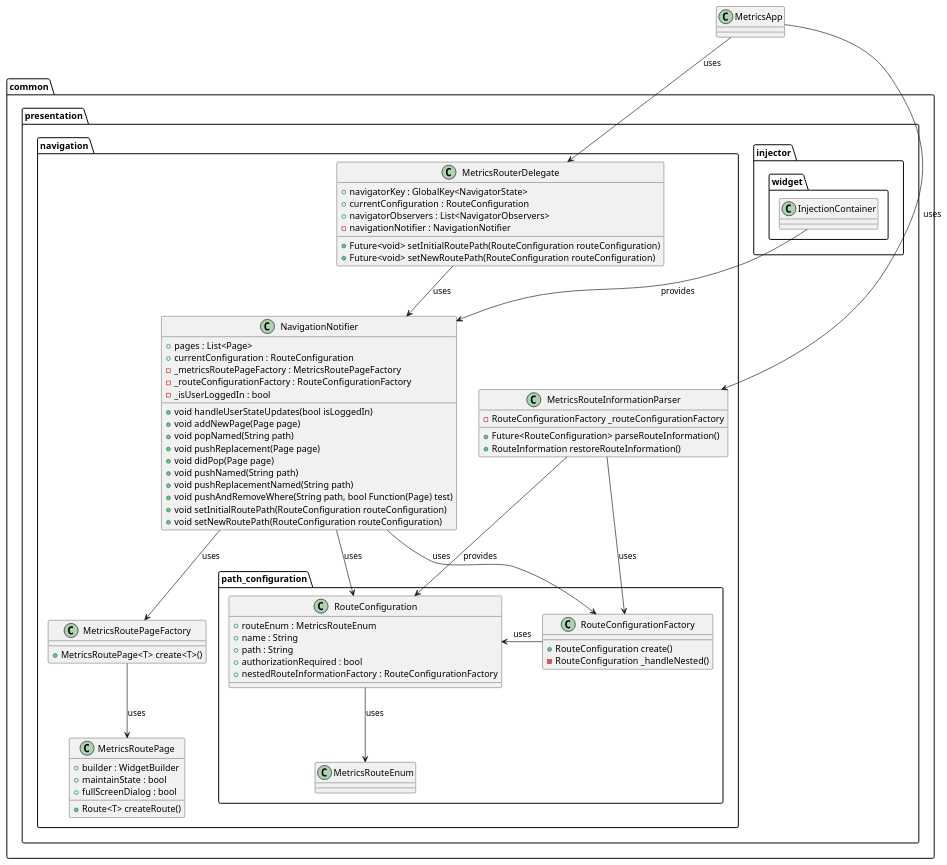
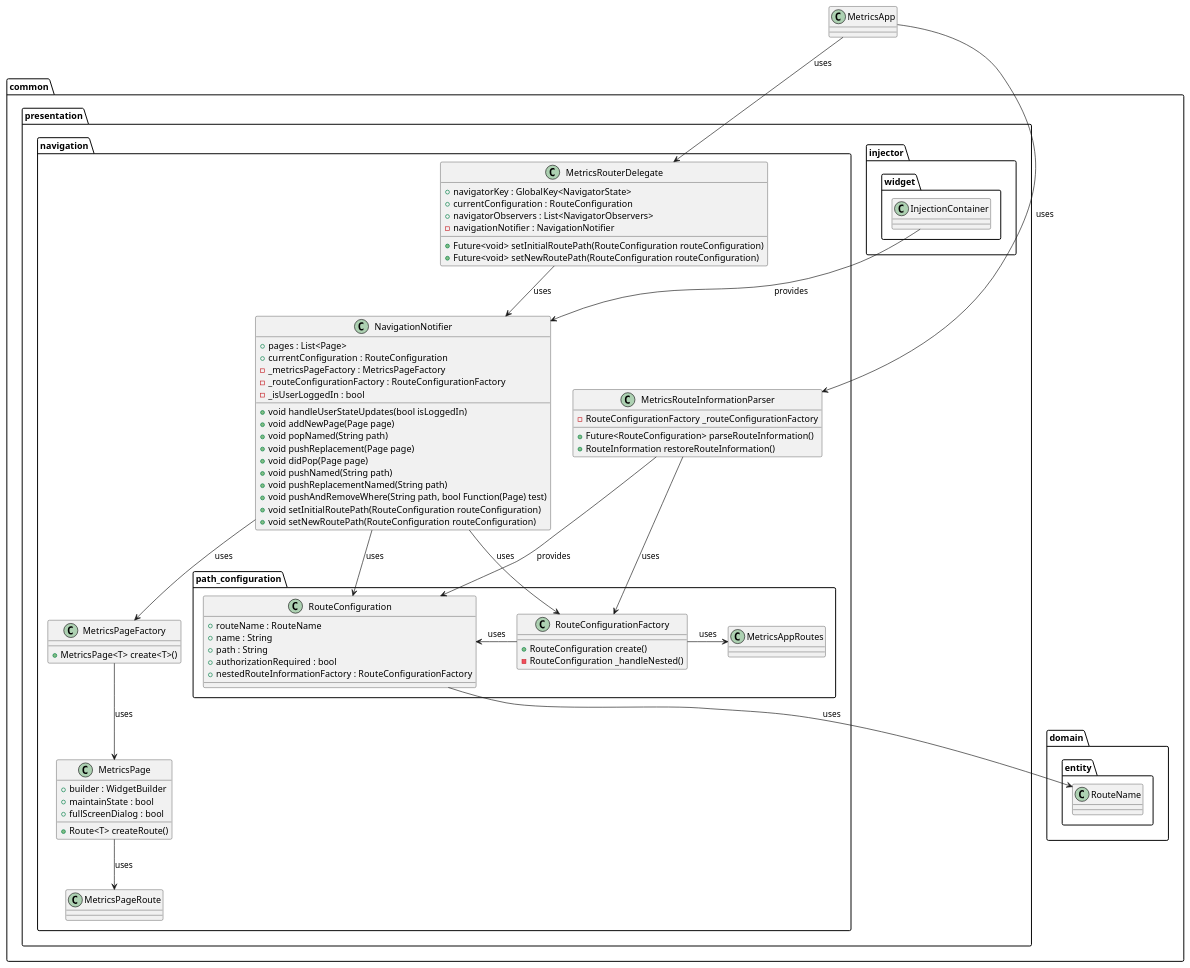
Before and after one commit to Flank/flank-dashboard: the diagram in metrics/web/docs/features/navigation/diagrams/navigation_class_diagram.puml, drawn with PlantUML. The commit also changed 1 other file, not shown here.

```diff
--- a/metrics/web/docs/features/navigation/diagrams/navigation_class_diagram.puml
+++ b/metrics/web/docs/features/navigation/diagrams/navigation_class_diagram.puml
@@ -1,85 +1,96 @@
 @startuml navigation_class_diagram
 
 class MetricsApp {}
+
+
+
+package common.domain.entity {
+    class RouteName {}
+}
 
 package common.presentation {
     package injector.widget {
         class InjectionContainer {}
     }
 
-
-    package navigation {
+package navigation {
         package path_configuration {
             class RouteConfiguration {
-                + routeEnum : MetricsRouteEnum
+                + routeName : RouteName
                 + name : String
                 + path : String
                 + authorizationRequired : bool
                 + nestedRouteInformationFactory : RouteConfigurationFactory
             }
-            class MetricsRouteEnum {}
             class RouteConfigurationFactory {
                 + RouteConfiguration create()
                 - RouteConfiguration _handleNested()
             }
+            class MetricsAppRoutes {}
         }
         class MetricsRouteInformationParser {
             - RouteConfigurationFactory _routeConfigurationFactory
             + Future<RouteConfiguration> parseRouteInformation()
             + RouteInformation restoreRouteInformation()
         }
         class MetricsRouterDelegate {
             + navigatorKey : GlobalKey<NavigatorState>
             + currentConfiguration : RouteConfiguration
             + navigatorObservers : List<NavigatorObservers>
             - navigationNotifier : NavigationNotifier
             + Future<void> setInitialRoutePath(RouteConfiguration routeConfiguration)
             + Future<void> setNewRoutePath(RouteConfiguration routeConfiguration)
         }
         class NavigationNotifier {
             + pages : List<Page>
             + currentConfiguration : RouteConfiguration
-            - _metricsRoutePageFactory : MetricsRoutePageFactory
+            - _metricsPageFactory : MetricsPageFactory
             - _routeConfigurationFactory : RouteConfigurationFactory
             - _isUserLoggedIn : bool
             + void handleUserStateUpdates(bool isLoggedIn)
             + void addNewPage(Page page)
             + void popNamed(String path)
             + void pushReplacement(Page page)
             + void didPop(Page page)
             + void pushNamed(String path)
             + void pushReplacementNamed(String path)
             + void pushAndRemoveWhere(String path, bool Function(Page) test)
             + void setInitialRoutePath(RouteConfiguration routeConfiguration)
             + void setNewRoutePath(RouteConfiguration routeConfiguration)
         }
-        class MetricsRoutePageFactory{
-            + MetricsRoutePage<T> create<T>()
+        class MetricsPageFactory{
+            + MetricsPage<T> create<T>()
         }
-        class MetricsRoutePage {
+        class MetricsPage {
             + builder : WidgetBuilder
             + maintainState : bool
             + fullScreenDialog : bool
             + Route<T> createRoute()
         }
-
+        class MetricsPageRoute {} 
     }
 }
 
 InjectionContainer --> NavigationNotifier : provides
 
 MetricsApp --> MetricsRouteInformationParser :uses
 MetricsApp --> MetricsRouterDelegate : uses
 
 MetricsRouteInformationParser --> RouteConfiguration : provides
 MetricsRouteInformationParser --> RouteConfigurationFactory : uses
 
-RouteConfiguration --> MetricsRouteEnum : uses
+RouteConfiguration --> RouteName : uses
+
 RouteConfigurationFactory -> RouteConfiguration : uses
+RouteConfigurationFactory -> MetricsAppRoutes : uses
+
 MetricsRouterDelegate --> NavigationNotifier : uses
+
 NavigationNotifier --> RouteConfigurationFactory : uses
 NavigationNotifier --> RouteConfiguration : uses
-NavigationNotifier --> MetricsRoutePageFactory : uses
-MetricsRoutePageFactory --> MetricsRoutePage : uses
+NavigationNotifier --> MetricsPageFactory : uses
+
+MetricsPageFactory --> MetricsPage : uses
+MetricsPage --> MetricsPageRoute : uses
 
 @enduml
```
